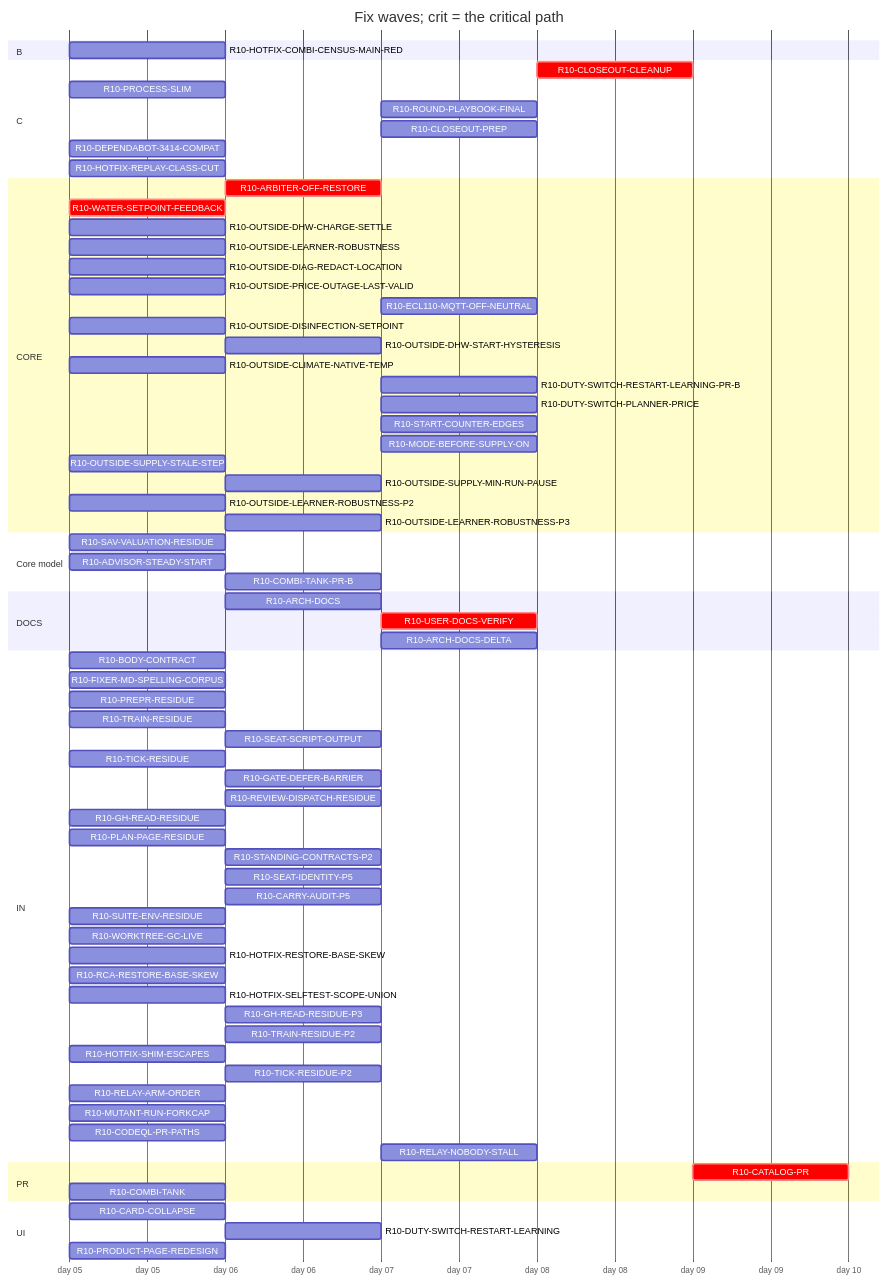
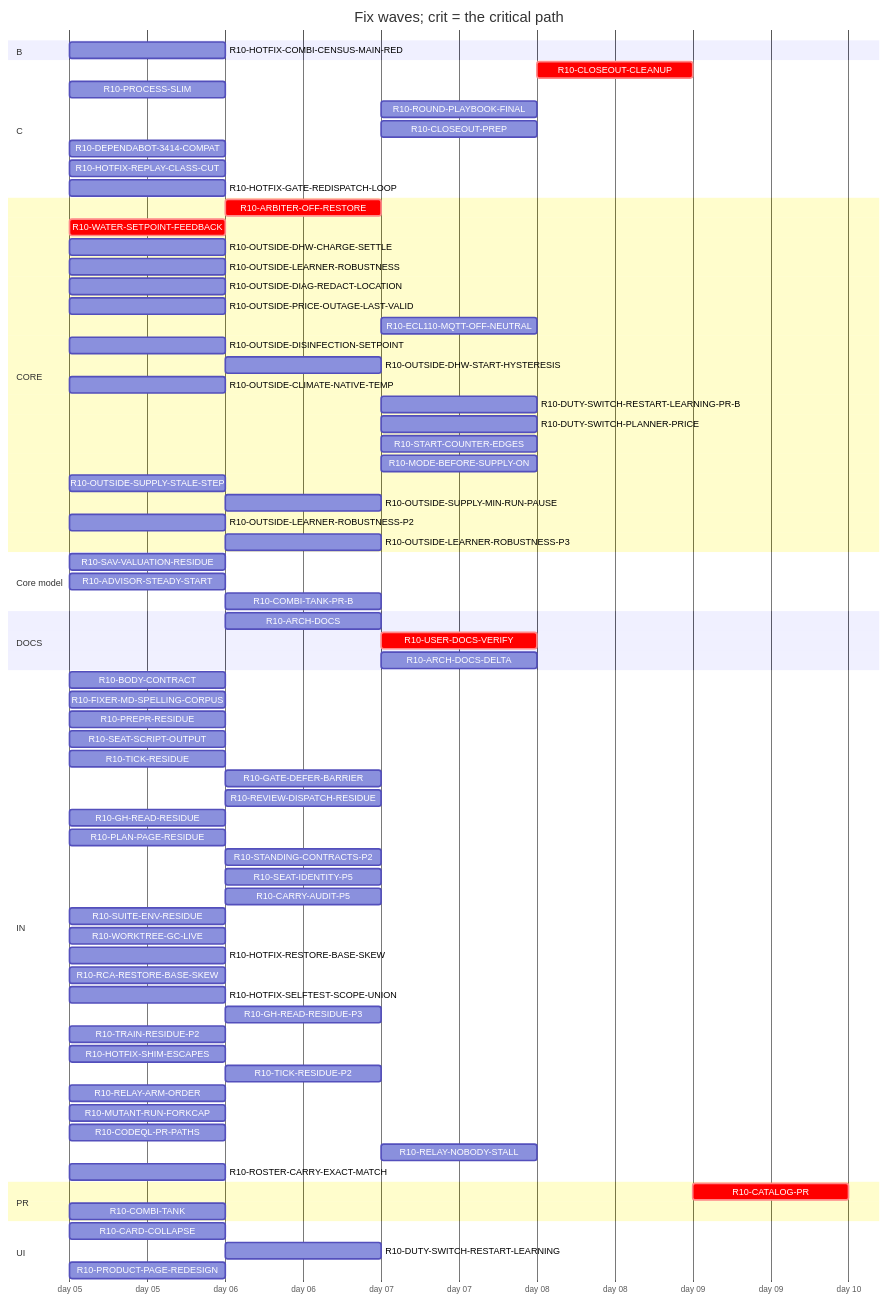
Before and after one commit to tvofi/heatpump_optimizer: the diagram in handoff/round10/state/PLAN-TABLE.md, drawn with Mermaid. The commit also changed other lines of this file and 4 other files, not shown here.

Commit message:
state: FLOW-BOARD.md, NEXT-SESSION-PROMPT.md, PLAN-TABLE.md, PLAN.html, RESUME-CURRENT.md regenerated (state_docs.py)

````diff
--- a/handoff/round10/state/PLAN-TABLE.md
+++ b/handoff/round10/state/PLAN-TABLE.md
@@ -21,76 +21,77 @@
 ```mermaid
 gantt
   title Fix waves; crit = the critical path
   dateFormat YYYY-MM-DD
   axisFormat day %d
   section B
     R10-HOTFIX-COMBI-CENSUS-MAIN-RED :r10HOTFIXCOMBICENSUSMAINRED, 2026-01-05, 1d
   section C
     R10-CLOSEOUT-CLEANUP :crit, r10CLOSEOUTCLEANUP, after r10ARCHDOCS r10USERDOCSVERIFY r10ROUNDPLAYBOOKFINAL r10CLOSEOUTPREP r10ARCHDOCSDELTA, 1d
     R10-PROCESS-SLIM :r10PROCESSSLIM, 2026-01-05, 1d
-    R10-ROUND-PLAYBOOK-FINAL :r10ROUNDPLAYBOOKFINAL, after r10BODYCONTRACT r10PROCESSSLIM r10FIXERMDSPELLINGCORPUS r10PREPRRESIDUE r10SEATSCRIPTOUTPUT r10REVIEWDISPATCHRESIDUE r10CARRYAUDITP5 r10TICKRESIDUE r10SEATIDENTITYP5 r10STANDINGCONTRACTSP2 r10PLANPAGERESIDUE r10TRAINRESIDUE r10GHREADRESIDUE r10SUITEENVRESIDUE r10GATEDEFERBARRIER r10WORKTREEGCLIVE, 1d
-    R10-CLOSEOUT-PREP :r10CLOSEOUTPREP, after r10ARCHDOCS r10BODYCONTRACT r10PROCESSSLIM r10FIXERMDSPELLINGCORPUS r10PREPRRESIDUE r10SEATSCRIPTOUTPUT r10REVIEWDISPATCHRESIDUE r10CARRYAUDITP5 r10TICKRESIDUE r10SEATIDENTITYP5 r10STANDINGCONTRACTSP2 r10PLANPAGERESIDUE r10TRAINRESIDUE r10GHREADRESIDUE r10SUITEENVRESIDUE r10GATEDEFERBARRIER r10WORKTREEGCLIVE, 1d
+    R10-ROUND-PLAYBOOK-FINAL :r10ROUNDPLAYBOOKFINAL, after r10BODYCONTRACT r10PROCESSSLIM r10FIXERMDSPELLINGCORPUS r10PREPRRESIDUE r10SEATSCRIPTOUTPUT r10REVIEWDISPATCHRESIDUE r10CARRYAUDITP5 r10TICKRESIDUE r10SEATIDENTITYP5 r10STANDINGCONTRACTSP2 r10PLANPAGERESIDUE r10GHREADRESIDUE r10SUITEENVRESIDUE r10GATEDEFERBARRIER r10WORKTREEGCLIVE, 1d
+    R10-CLOSEOUT-PREP :r10CLOSEOUTPREP, after r10ARCHDOCS r10BODYCONTRACT r10PROCESSSLIM r10FIXERMDSPELLINGCORPUS r10PREPRRESIDUE r10SEATSCRIPTOUTPUT r10REVIEWDISPATCHRESIDUE r10CARRYAUDITP5 r10TICKRESIDUE r10SEATIDENTITYP5 r10STANDINGCONTRACTSP2 r10PLANPAGERESIDUE r10GHREADRESIDUE r10SUITEENVRESIDUE r10GATEDEFERBARRIER r10WORKTREEGCLIVE, 1d
     R10-DEPENDABOT-3414-COMPAT :r10DEPENDABOT3414COMPAT, 2026-01-05, 1d
     R10-HOTFIX-REPLAY-CLASS-CUT :r10HOTFIXREPLAYCLASSCUT, 2026-01-05, 1d
+    R10-HOTFIX-GATE-REDISPATCH-LOOP :r10HOTFIXGATEREDISPATCHLOOP, 2026-01-05, 1d
   section CORE
     R10-ARBITER-OFF-RESTORE :crit, r10ARBITEROFFRESTORE, after r10WATERSETPOINTFEEDBACK, 1d
     R10-WATER-SETPOINT-FEEDBACK :crit, r10WATERSETPOINTFEEDBACK, 2026-01-05, 1d
     R10-OUTSIDE-DHW-CHARGE-SETTLE :r10OUTSIDEDHWCHARGESETTLE, 2026-01-05, 1d
     R10-OUTSIDE-LEARNER-ROBUSTNESS :r10OUTSIDELEARNERROBUSTNESS, 2026-01-05, 1d
     R10-OUTSIDE-DIAG-REDACT-LOCATION :r10OUTSIDEDIAGREDACTLOCATION, 2026-01-05, 1d
     R10-OUTSIDE-PRICE-OUTAGE-LAST-VALID :r10OUTSIDEPRICEOUTAGELASTVALID, 2026-01-05, 1d
     R10-ECL110-MQTT-OFF-NEUTRAL :r10ECL110MQTTOFFNEUTRAL, after r10ARBITEROFFRESTORE, 1d
     R10-OUTSIDE-DISINFECTION-SETPOINT :r10OUTSIDEDISINFECTIONSETPOINT, 2026-01-05, 1d
     R10-OUTSIDE-DHW-START-HYSTERESIS :r10OUTSIDEDHWSTARTHYSTERESIS, after r10OUTSIDEDISINFECTIONSETPOINT, 1d
     R10-OUTSIDE-CLIMATE-NATIVE-TEMP :r10OUTSIDECLIMATENATIVETEMP, 2026-01-05, 1d
     R10-DUTY-SWITCH-RESTART-LEARNING-PR-B :r10DUTYSWITCHRESTARTLEARNINGPRB, after r10DUTYSWITCHRESTARTLEARNING, 1d
     R10-DUTY-SWITCH-PLANNER-PRICE :r10DUTYSWITCHPLANNERPRICE, after r10DUTYSWITCHRESTARTLEARNING, 1d
     R10-START-COUNTER-EDGES :r10STARTCOUNTEREDGES, after r10DUTYSWITCHRESTARTLEARNING, 1d
     R10-MODE-BEFORE-SUPPLY-ON :r10MODEBEFORESUPPLYON, after r10DUTYSWITCHRESTARTLEARNING, 1d
     R10-OUTSIDE-SUPPLY-STALE-STEP :r10OUTSIDESUPPLYSTALESTEP, 2026-01-05, 1d
     R10-OUTSIDE-SUPPLY-MIN-RUN-PAUSE :r10OUTSIDESUPPLYMINRUNPAUSE, after r10OUTSIDESUPPLYSTALESTEP, 1d
     R10-OUTSIDE-LEARNER-ROBUSTNESS-P2 :r10OUTSIDELEARNERROBUSTNESSP2, 2026-01-05, 1d
     R10-OUTSIDE-LEARNER-ROBUSTNESS-P3 :r10OUTSIDELEARNERROBUSTNESSP3, after r10OUTSIDELEARNERROBUSTNESS r10OUTSIDELEARNERROBUSTNESSP2, 1d
   section Core model
     R10-SAV-VALUATION-RESIDUE :r10SAVVALUATIONRESIDUE, 2026-01-05, 1d
     R10-ADVISOR-STEADY-START :r10ADVISORSTEADYSTART, 2026-01-05, 1d
     R10-COMBI-TANK-PR-B :r10COMBITANKPRB, after r10COMBITANK, 1d
   section DOCS
     R10-ARCH-DOCS :r10ARCHDOCS, after r10BODYCONTRACT r10PROCESSSLIM, 1d
     R10-USER-DOCS-VERIFY :crit, r10USERDOCSVERIFY, after r10ARBITEROFFRESTORE r10COMBITANK r10PRODUCTPAGEREDESIGN, 1d
     R10-ARCH-DOCS-DELTA :r10ARCHDOCSDELTA, after r10ARCHDOCS r10ARBITEROFFRESTORE r10COMBITANK r10SAVVALUATIONRESIDUE r10ADVISORSTEADYSTART r10COMBITANKPRB, 1d
   section IN
     R10-BODY-CONTRACT :r10BODYCONTRACT, 2026-01-05, 1d
     R10-FIXER-MD-SPELLING-CORPUS :r10FIXERMDSPELLINGCORPUS, 2026-01-05, 1d
     R10-PREPR-RESIDUE :r10PREPRRESIDUE, 2026-01-05, 1d
-    R10-TRAIN-RESIDUE :r10TRAINRESIDUE, 2026-01-05, 1d
-    R10-SEAT-SCRIPT-OUTPUT :r10SEATSCRIPTOUTPUT, after r10TRAINRESIDUE, 1d
+    R10-SEAT-SCRIPT-OUTPUT :r10SEATSCRIPTOUTPUT, 2026-01-05, 1d
     R10-TICK-RESIDUE :r10TICKRESIDUE, 2026-01-05, 1d
-    R10-GATE-DEFER-BARRIER :r10GATEDEFERBARRIER, after r10TRAINRESIDUE r10TICKRESIDUE, 1d
+    R10-GATE-DEFER-BARRIER :r10GATEDEFERBARRIER, after r10TICKRESIDUE, 1d
     R10-REVIEW-DISPATCH-RESIDUE :r10REVIEWDISPATCHRESIDUE, after r10PROCESSSLIM, 1d
     R10-GH-READ-RESIDUE :r10GHREADRESIDUE, 2026-01-05, 1d
     R10-PLAN-PAGE-RESIDUE :r10PLANPAGERESIDUE, 2026-01-05, 1d
     R10-STANDING-CONTRACTS-P2 :r10STANDINGCONTRACTSP2, after r10FIXERMDSPELLINGCORPUS, 1d
     R10-SEAT-IDENTITY-P5 :r10SEATIDENTITYP5, after r10TICKRESIDUE, 1d
     R10-CARRY-AUDIT-P5 :r10CARRYAUDITP5, after r10BODYCONTRACT, 1d
     R10-SUITE-ENV-RESIDUE :r10SUITEENVRESIDUE, 2026-01-05, 1d
     R10-WORKTREE-GC-LIVE :r10WORKTREEGCLIVE, 2026-01-05, 1d
     R10-HOTFIX-RESTORE-BASE-SKEW :r10HOTFIXRESTOREBASESKEW, 2026-01-05, 1d
     R10-RCA-RESTORE-BASE-SKEW :r10RCARESTOREBASESKEW, 2026-01-05, 1d
     R10-HOTFIX-SELFTEST-SCOPE-UNION :r10HOTFIXSELFTESTSCOPEUNION, 2026-01-05, 1d
     R10-GH-READ-RESIDUE-P3 :r10GHREADRESIDUEP3, after r10TICKRESIDUE r10GHREADRESIDUE, 1d
-    R10-TRAIN-RESIDUE-P2 :r10TRAINRESIDUEP2, after r10TRAINRESIDUE, 1d
+    R10-TRAIN-RESIDUE-P2 :r10TRAINRESIDUEP2, 2026-01-05, 1d
     R10-HOTFIX-SHIM-ESCAPES :r10HOTFIXSHIMESCAPES, 2026-01-05, 1d
     R10-TICK-RESIDUE-P2 :r10TICKRESIDUEP2, after r10TICKRESIDUE, 1d
     R10-RELAY-ARM-ORDER :r10RELAYARMORDER, 2026-01-05, 1d
     R10-MUTANT-RUN-FORKCAP :r10MUTANTRUNFORKCAP, 2026-01-05, 1d
     R10-CODEQL-PR-PATHS :r10CODEQLPRPATHS, 2026-01-05, 1d
     R10-RELAY-NOBODY-STALL :r10RELAYNOBODYSTALL, after r10RELAYARMORDER r10REVIEWDISPATCHRESIDUE, 1d
+    R10-ROSTER-CARRY-EXACT-MATCH :r10ROSTERCARRYEXACTMATCH, 2026-01-05, 1d
   section PR
     R10-CATALOG-PR :crit, r10CATALOGPR, after r10USERDOCSVERIFY r10ARCHDOCS r10ROUNDPLAYBOOKFINAL r10CLOSEOUTCLEANUP r10CLOSEOUTPREP r10ARCHDOCSDELTA, 1d
     R10-COMBI-TANK :r10COMBITANK, 2026-01-05, 1d
   section UI
     R10-CARD-COLLAPSE :r10CARDCOLLAPSE, 2026-01-05, 1d
     R10-DUTY-SWITCH-RESTART-LEARNING :r10DUTYSWITCHRESTARTLEARNING, after r10WATERSETPOINTFEEDBACK, 1d
     R10-PRODUCT-PAGE-REDESIGN :r10PRODUCTPAGEREDESIGN, 2026-01-05, 1d
 ```
````
